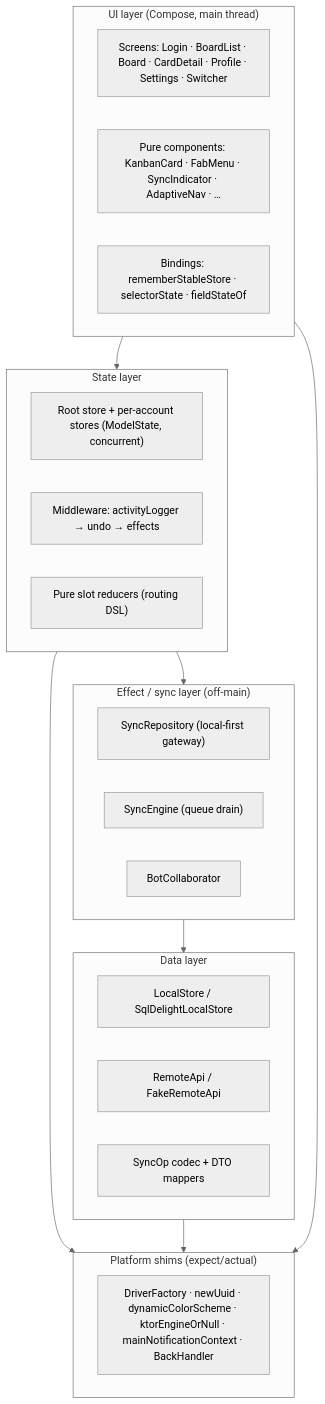
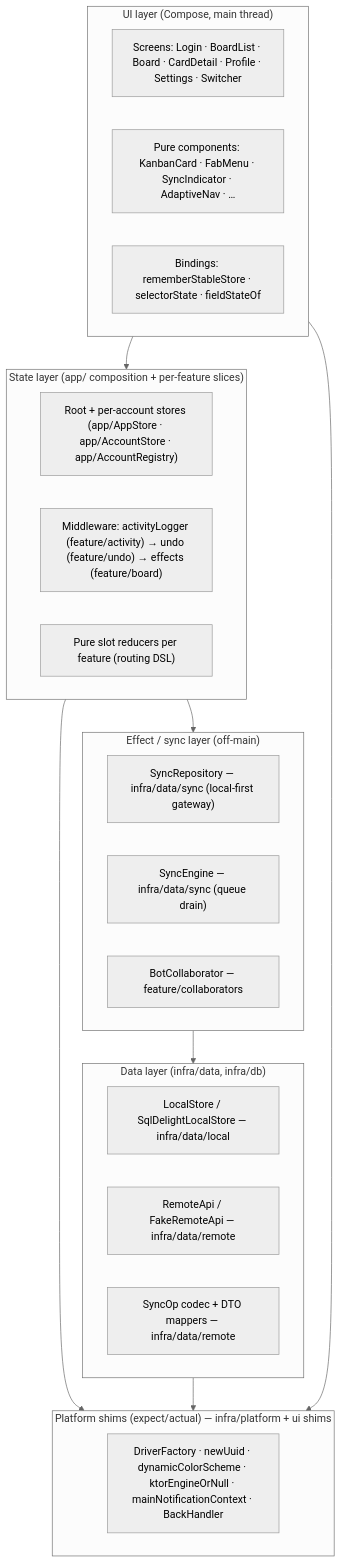
The fifth of 15 diagrams in examples/taskflow/ARCHITECTURE.md (reduxkotlin/redux-kotlin), drawn with Mermaid (neutral theme) before and after one commit. The commit also changed other lines of this file, not shown here.

Commit message:
docs(taskflow): update ARCHITECTURE.md for package-by-feature layout

````diff
--- a/examples/taskflow/ARCHITECTURE.md
+++ b/examples/taskflow/ARCHITECTURE.md
@@ -174,33 +247,33 @@
 ```mermaid
 flowchart TB
   subgraph UI["UI layer (Compose, main thread)"]
     SCREENS["Screens: Login · BoardList · Board · CardDetail · Profile · Settings · Switcher"]
     COMPS["Pure components: KanbanCard · FabMenu · SyncIndicator · AdaptiveNav · …"]
     BIND["Bindings: rememberStableStore · selectorState · fieldStateOf"]
   end
-  subgraph STATE["State layer"]
-    STORES["Root store + per-account stores (ModelState, concurrent)"]
-    MW["Middleware: activityLogger → undo → effects"]
-    REDUCERS["Pure slot reducers (routing DSL)"]
+  subgraph STATE["State layer (app/ composition + per-feature slices)"]
+    STORES["Root + per-account stores (app/AppStore · app/AccountStore · app/AccountRegistry)"]
+    MW["Middleware: activityLogger (feature/activity) → undo (feature/undo) → effects (feature/board)"]
+    REDUCERS["Pure slot reducers per feature (routing DSL)"]
   end
   subgraph EFFECTS["Effect / sync layer (off-main)"]
-    SR["SyncRepository (local-first gateway)"]
-    SE["SyncEngine (queue drain)"]
-    BOT["BotCollaborator"]
+    SR["SyncRepository — infra/data/sync (local-first gateway)"]
+    SE["SyncEngine — infra/data/sync (queue drain)"]
+    BOT["BotCollaborator — feature/collaborators"]
   end
-  subgraph DATA["Data layer"]
-    LS["LocalStore / SqlDelightLocalStore"]
-    RA["RemoteApi / FakeRemoteApi"]
-    CODEC["SyncOp codec + DTO mappers"]
+  subgraph DATA["Data layer (infra/data, infra/db)"]
+    LS["LocalStore / SqlDelightLocalStore — infra/data/local"]
+    RA["RemoteApi / FakeRemoteApi — infra/data/remote"]
+    CODEC["SyncOp codec + DTO mappers — infra/data/remote"]
   end
-  subgraph PLATFORM["Platform shims (expect/actual)"]
+  subgraph PLATFORM["Platform shims (expect/actual) — infra/platform + ui shims"]
     P["DriverFactory · newUuid · dynamicColorScheme · ktorEngineOrNull · mainNotificationContext · BackHandler"]
   end
 
   UI --> STATE
   STATE --> EFFECTS
   EFFECTS --> DATA
   STATE --> PLATFORM
   DATA --> PLATFORM
   UI --> PLATFORM
 ```
````
